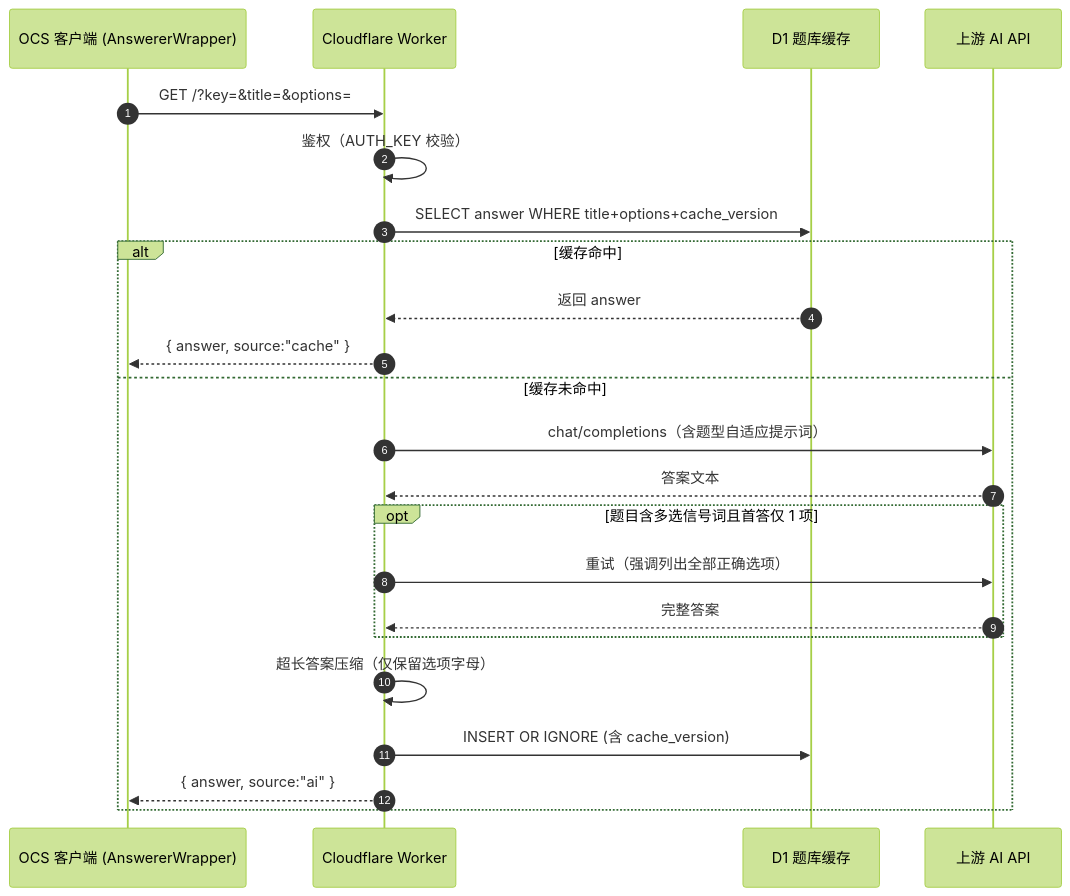
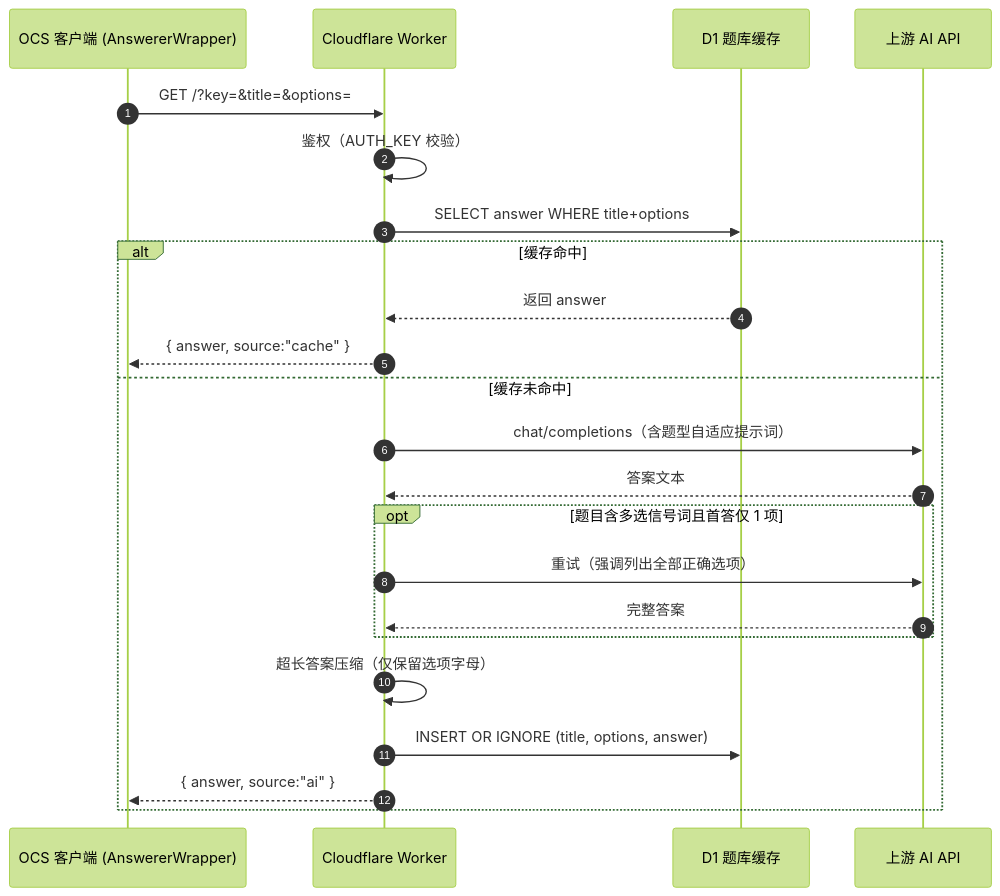
One commit to poying2018/ocs-answer-bridge changed the diagram in README.md. Above: the diagram before and after it, drawn with Mermaid (forest theme). The commit also changed other lines of this file and 4 other files, not shown here.

````diff
--- a/README.md
+++ b/README.md
@@ -41,26 +41,26 @@
 ```mermaid
 sequenceDiagram
     autonumber
     participant OCS as OCS 客户端 (AnswererWrapper)
     participant W as Cloudflare Worker
     participant D1 as D1 题库缓存
     participant AI as 上游 AI API
 
     OCS->>W: GET /?key=&title=&options=
     W->>W: 鉴权（AUTH_KEY 校验）
-    W->>D1: SELECT answer WHERE title+options+cache_version
+    W->>D1: SELECT answer WHERE title+options
     alt 缓存命中
         D1-->>W: 返回 answer
         W-->>OCS: { answer, source:"cache" }
     else 缓存未命中
         W->>AI: chat/completions（含题型自适应提示词）
         AI-->>W: 答案文本
         opt 题目含多选信号词且首答仅 1 项
             W->>AI: 重试（强调列出全部正确选项）
             AI-->>W: 完整答案
         end
         W->>W: 超长答案压缩（仅保留选项字母）
-        W->>D1: INSERT OR IGNORE (含 cache_version)
+        W->>D1: INSERT OR IGNORE (title, options, answer)
         W-->>OCS: { answer, source:"ai" }
     end
 ```
````
